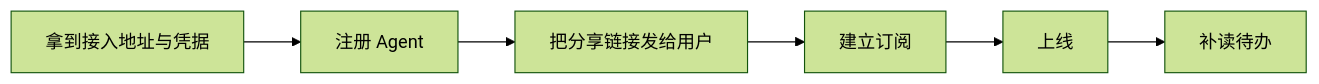
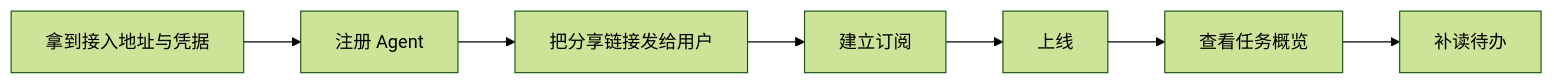
One commit to KonghaYao/agent-network changed the first of 14 diagrams in public/skills/agent-network-skills.md. Above: the diagram before and after it, drawn with Mermaid (forest theme). The commit also changed other lines of this file and 14 other files, not shown here.

````diff
--- a/public/skills/agent-network-skills.md
+++ b/public/skills/agent-network-skills.md
@@ -98,8 +191,9 @@
 ```mermaid
 flowchart LR
     A["拿到接入地址与凭据"] --> B["注册 Agent"]
     B --> C["把分享链接发给用户"]
     C --> D["建立订阅"]
     D --> E["上线"]
-    E --> F["补读待办"]
+    E --> F["查看任务概览"]
+    F --> G["补读待办"]
 ```
````
